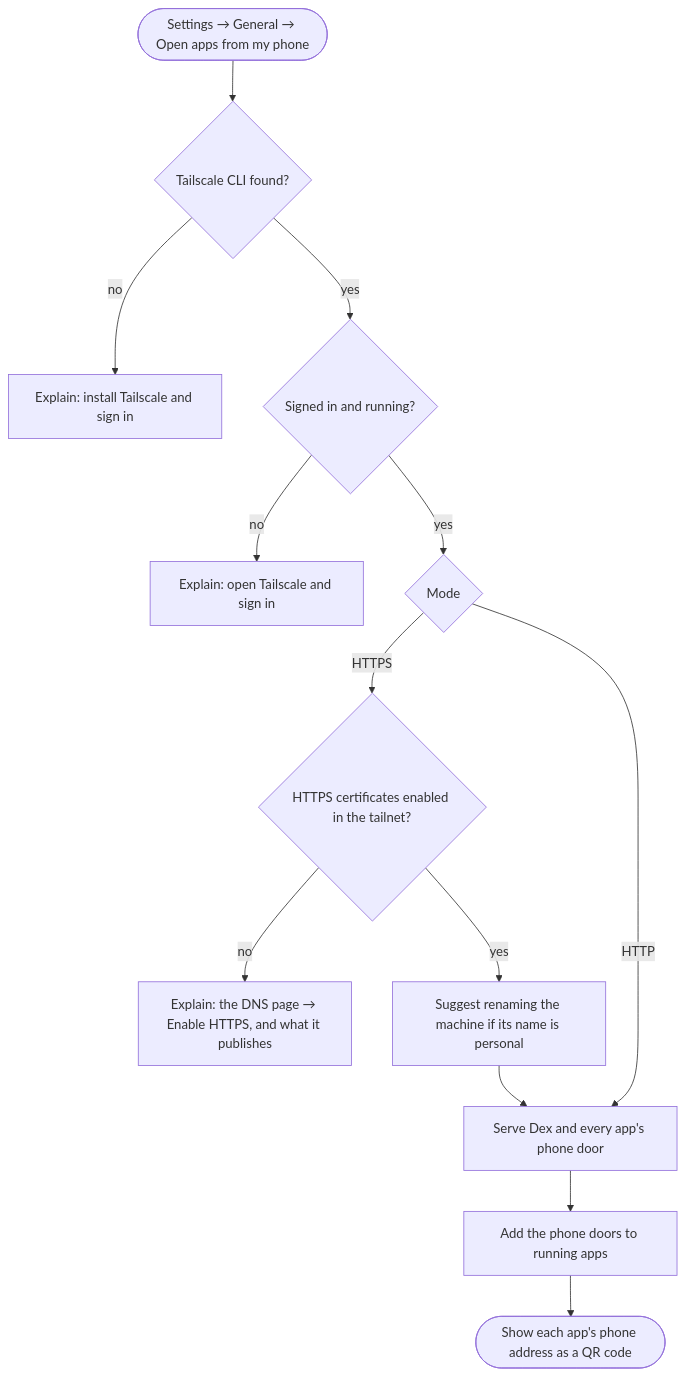
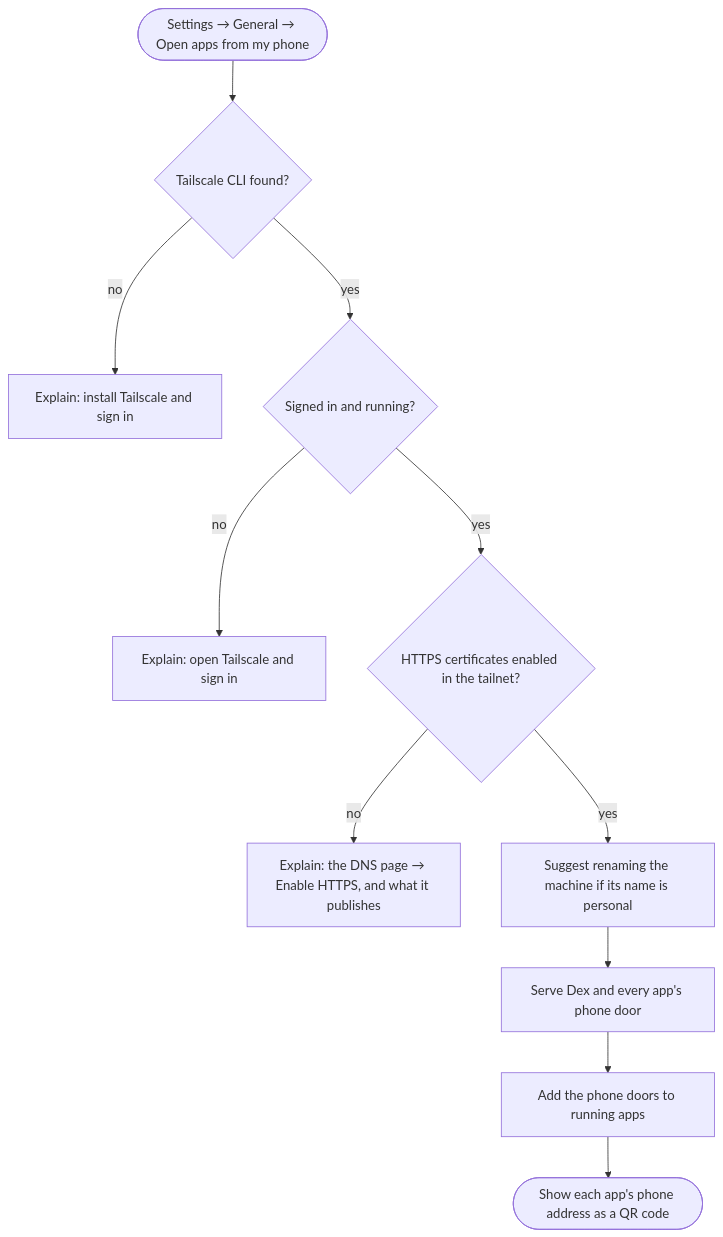
One commit to JGalego/mayfly changed the second of 2 diagrams in docs/design/phone-access.md. Above: the diagram before and after it, drawn with Mermaid. The commit also changed other lines of this file, not shown here.

Commit message:
docs: phone access is HTTPS only, and a phone signed in through the phone door

````diff
--- a/docs/design/phone-access.md
+++ b/docs/design/phone-access.md
@@ -57,15 +51,13 @@
 ```mermaid
 flowchart TD
   on(["Settings → General → Open apps from my phone"]) --> found{"Tailscale CLI found?"}
   found -->|no| install["Explain: install Tailscale and sign in"]
   found -->|yes| up{"Signed in and running?"}
   up -->|no| login["Explain: open Tailscale and sign in"]
-  up -->|yes| mode{"Mode"}
-  mode -->|HTTPS| https{"HTTPS certificates enabled in the tailnet?"}
+  up -->|yes| https{"HTTPS certificates enabled in the tailnet?"}
   https -->|no| enable["Explain: the DNS page → Enable HTTPS, and what it publishes"]
   https -->|yes| name["Suggest renaming the machine if its name is personal"]
-  mode -->|HTTP| serve
   name --> serve["Serve Dex and every app's phone door"]
   serve --> doors["Add the phone doors to running apps"]
   doors --> done(["Show each app's phone address as a QR code"])
 ```
````
